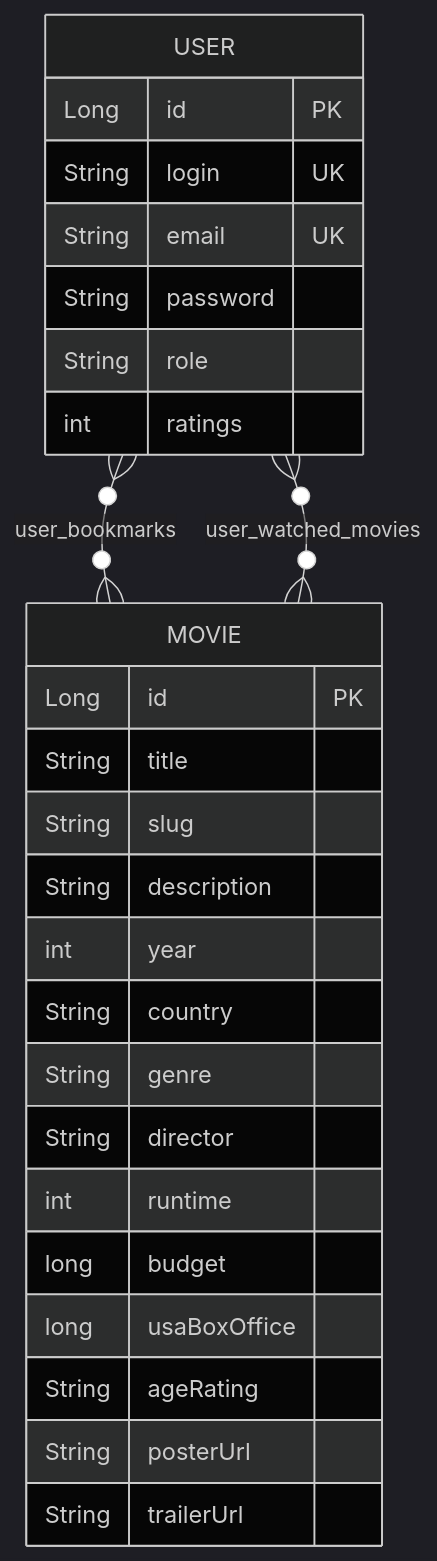
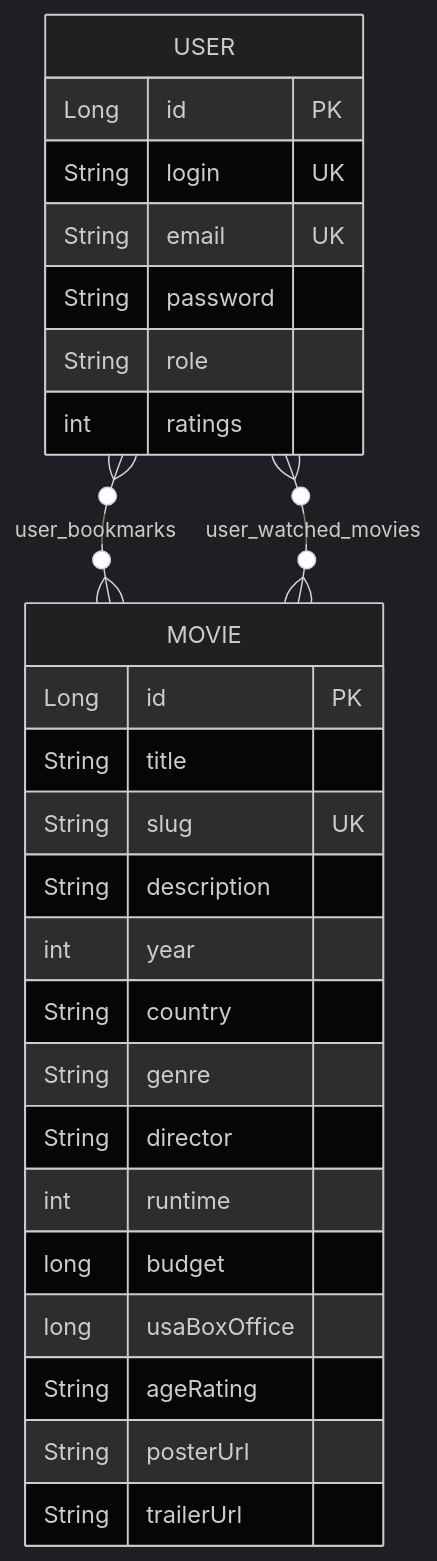
Before and after one commit to skytensor/kinopub: the diagram in README.md, drawn with Mermaid (dark theme). The commit also changed other lines of this file, not shown here.

````diff
--- a/README.md
+++ b/README.md
@@ -86,29 +97,29 @@
 ```mermaid
 erDiagram
     USER {
         Long id PK
         String login UK
         String email UK
         String password
         String role
         int ratings
     }
     MOVIE {
         Long id PK
         String title
-        String slug
+        String slug UK
         String description
         int year
         String country
         String genre
         String director
         int runtime
         long budget
         long usaBoxOffice
         String ageRating
         String posterUrl
         String trailerUrl
     }
     USER }o--o{ MOVIE : "user_bookmarks"
     USER }o--o{ MOVIE : "user_watched_movies"
 ```
````
